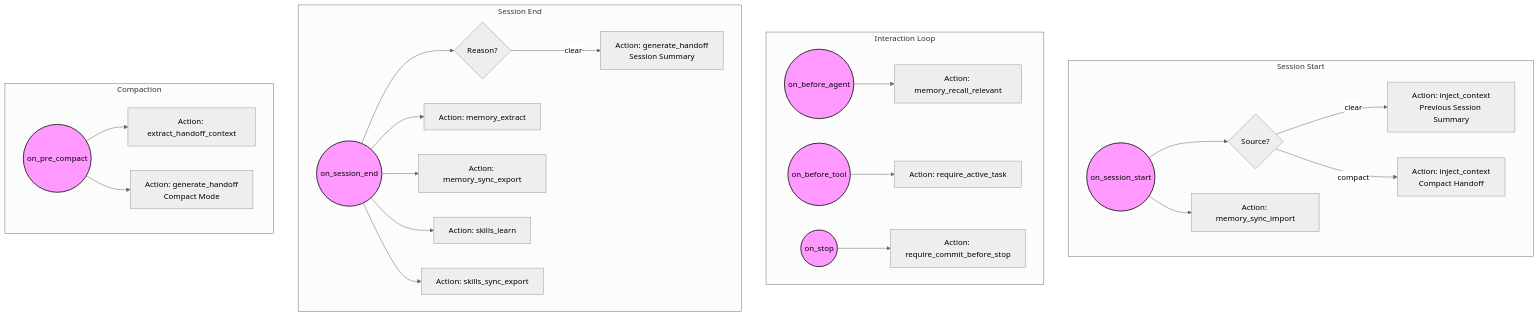
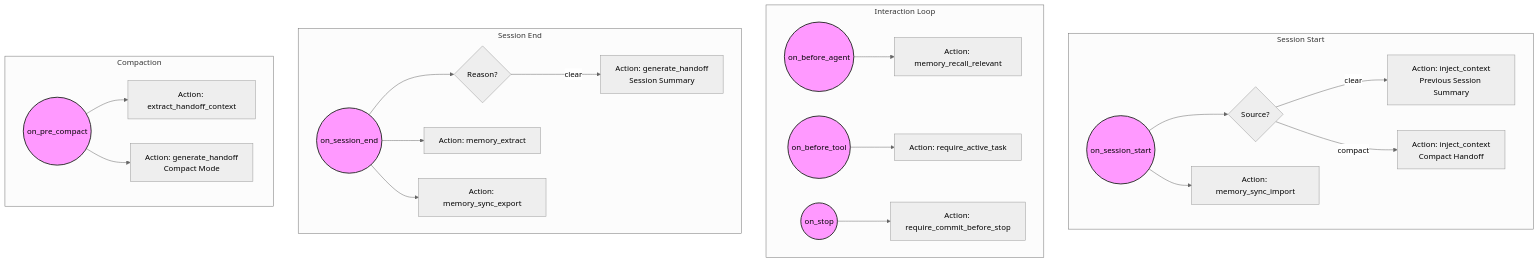
One commit to Zeeeepa/gobby changed the first of 2 diagrams in docs/examples/workflow-diagrams.md. Above: the diagram before and after it, drawn with Mermaid (neutral theme). The commit also changed other lines of this file and 13 other files, not shown here.

````diff
--- a/docs/examples/workflow-diagrams.md
+++ b/docs/examples/workflow-diagrams.md
@@ -9,44 +9,42 @@
 ```mermaid
 graph TD
     %% Triggers
     start_event((on_session_start))
     before_agent_event((on_before_agent))
     before_tool_event((on_before_tool))
     stop_event((on_stop))
     pre_compact_event((on_pre_compact))
     end_event((on_session_end))
 
     %% on_session_start
     subgraph "Session Start"
         start_event --> check_source{Source?}
         check_source -->|clear| inject_prev[Action: inject_context<br/>Previous Session Summary]
         check_source -->|compact| inject_compact[Action: inject_context<br/>Compact Handoff]
         start_event --> mem_import[Action: memory_sync_import]
     end
 
     %% Interaction Loop
     subgraph "Interaction Loop"
         before_agent_event --> mem_recall[Action: memory_recall_relevant]
         before_tool_event --> req_task[Action: require_active_task]
         stop_event --> req_commit[Action: require_commit_before_stop]
     end
 
     %% on_session_end
     subgraph "Session End"
         end_event --> check_reason{Reason?}
         check_reason -->|clear| gen_handoff[Action: generate_handoff<br/>Session Summary]
         end_event --> mem_extract[Action: memory_extract]
         end_event --> mem_export[Action: memory_sync_export]
-        end_event --> learn[Action: skills_learn]
-        end_event --> skills_export[Action: skills_sync_export]
     end
 
     %% on_pre_compact
     subgraph "Compaction"
         pre_compact_event --> extract_ctx[Action: extract_handoff_context]
         pre_compact_event --> gen_compact[Action: generate_handoff<br/>Compact Mode]
     end
 
     classDef trigger fill:#f9f,stroke:#333,stroke-width:2px;
     class start_event,before_agent_event,before_tool_event,stop_event,pre_compact_event,end_event trigger;
 ```
````
